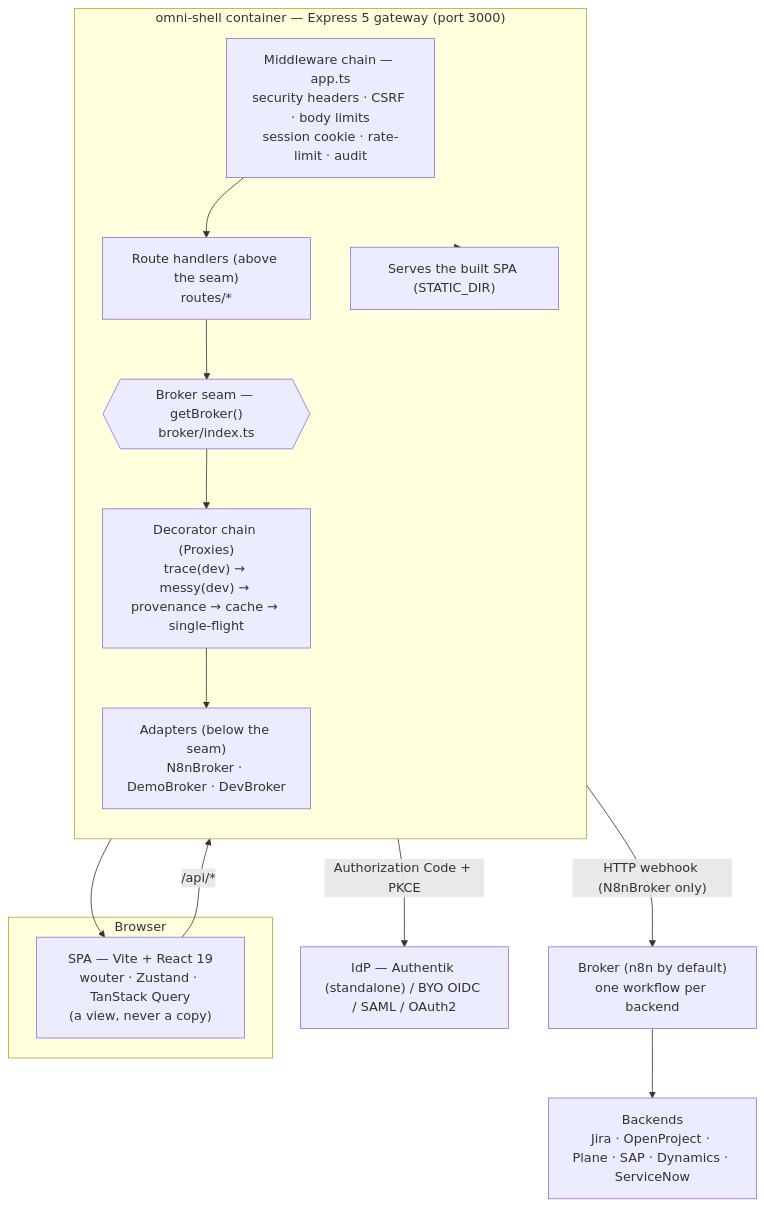
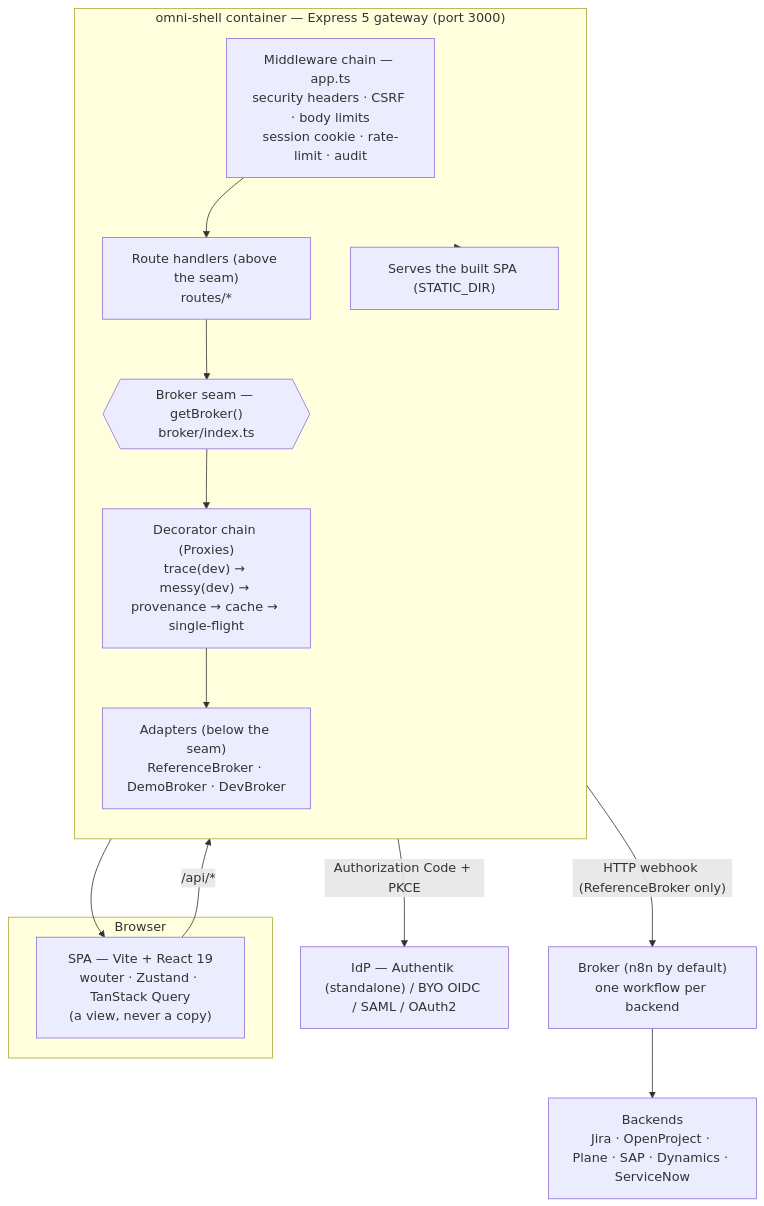
The first of 4 diagrams in docs/ARCHITECTURE.md (walshd1/Omniproject), drawn with Mermaid before and after one commit. The commit also changed other lines of this file and 21 other files, not shown here.

````diff
--- a/docs/ARCHITECTURE.md
+++ b/docs/ARCHITECTURE.md
@@ -42,25 +42,25 @@
 ```mermaid
 flowchart TB
   subgraph Browser
     SPA["SPA — Vite + React 19<br/>wouter · Zustand · TanStack Query<br/>(a view, never a copy)"]
   end
 
   subgraph Gateway["omni-shell container — Express 5 gateway (port 3000)"]
     direction TB
     MW["Middleware chain — app.ts<br/>security headers · CSRF · body limits<br/>session cookie · rate-limit · audit"]
     ROUTES["Route handlers (above the seam)<br/>routes/*"]
     SEAM{{"Broker seam — getBroker()<br/>broker/index.ts"}}
     DEC["Decorator chain (Proxies)<br/>trace(dev) → messy(dev) → provenance → cache → single-flight"]
-    ADAPT["Adapters (below the seam)<br/>N8nBroker · DemoBroker · DevBroker"]
+    ADAPT["Adapters (below the seam)<br/>ReferenceBroker · DemoBroker · DevBroker"]
     STATIC["Serves the built SPA (STATIC_DIR)"]
   end
 
   IdP["IdP — Authentik (standalone) / BYO OIDC / SAML / OAuth2"]
   BROKER["Broker (n8n by default)<br/>one workflow per backend"]
   BE["Backends<br/>Jira · OpenProject · Plane · SAP · Dynamics · ServiceNow"]
 
   SPA -->|"/api/*"| MW --> ROUTES --> SEAM --> DEC --> ADAPT
-  ADAPT -->|"HTTP webhook (N8nBroker only)"| BROKER --> BE
+  ADAPT -->|"HTTP webhook (ReferenceBroker only)"| BROKER --> BE
   MW -->|"Authorization Code + PKCE"| IdP
   Gateway --> STATIC --> SPA
 ```
````
